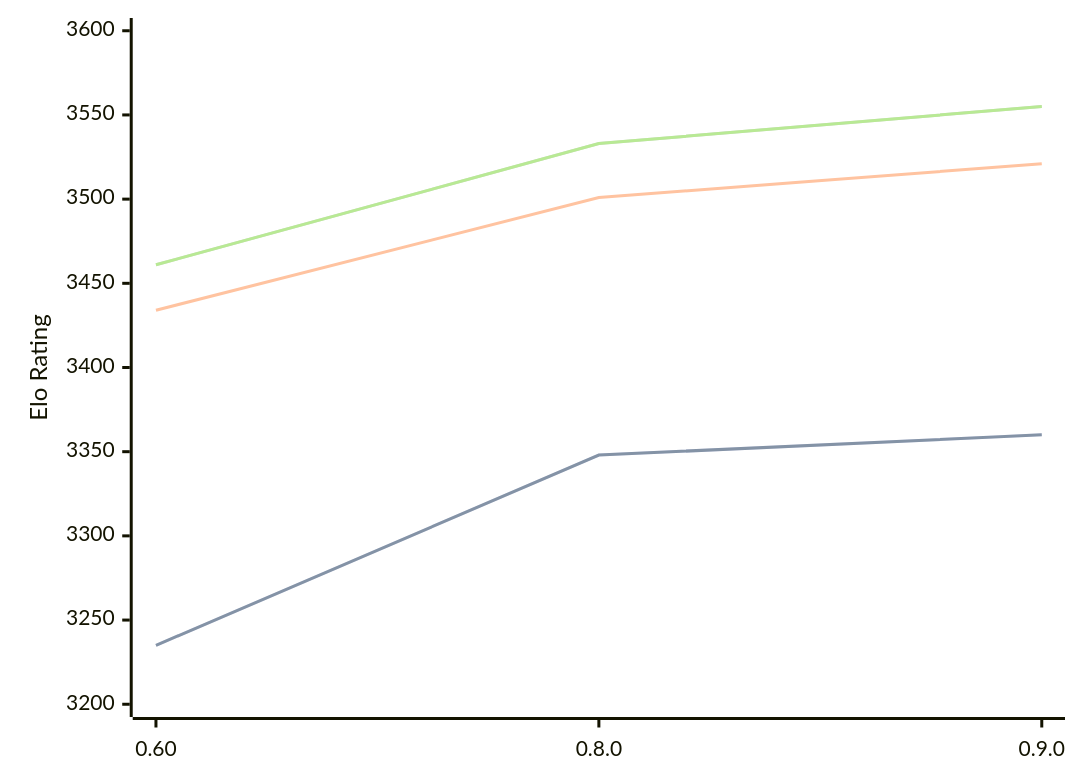
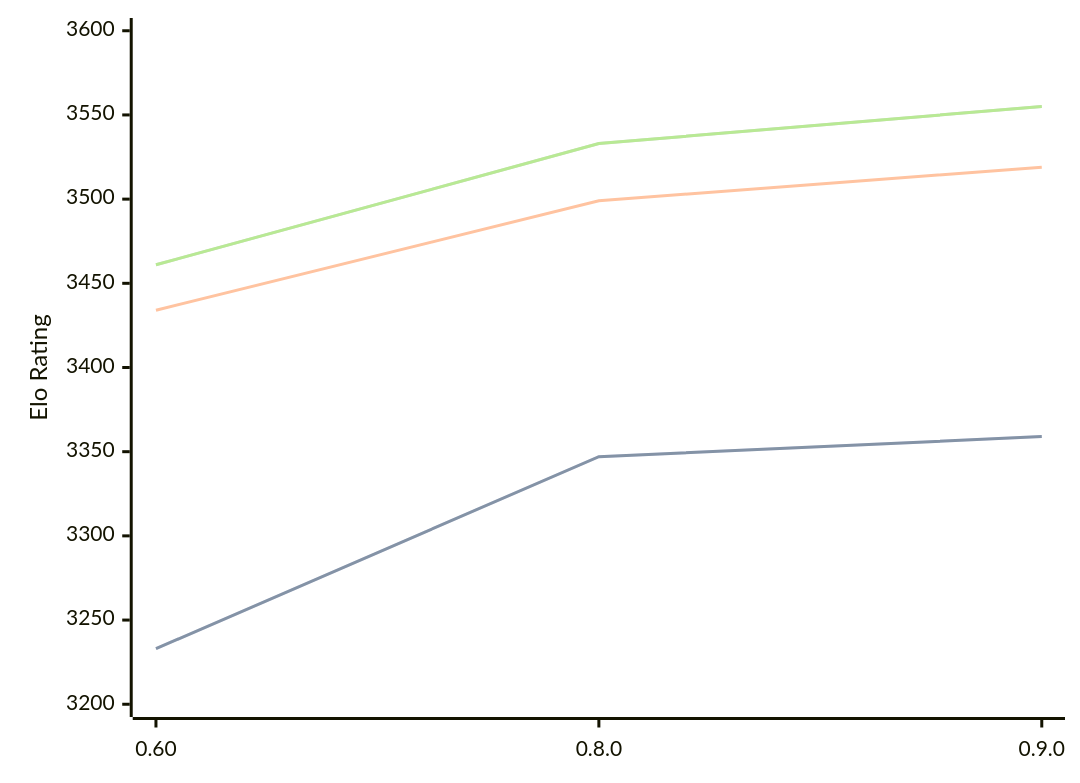
Before and after one commit to computer-chess-index/cci: the diagram in engines/Motor.md, drawn with Mermaid. The commit also changed other lines of this file, not shown here.

````diff
--- a/engines/Motor.md
+++ b/engines/Motor.md
@@ -39,11 +39,11 @@
 ```mermaid
 %%{init: {"theme":"base","themeVariables":{"seriesColors:['#a3a3a3','#222221','#faa371']}}}%%
 xychart-beta
   x-axis ["0.60", "0.8.0", "0.9.0"]
   y-axis "Elo Rating" 3200 --> 3600
-  line "STC (8.0+0.08s)" [3235, 3348, 3360]
-  line "STC (8.0+0.08s)" [3235, 3348, 3360]
-  line "LTC (60.0+0.60s)" [3434, 3501, 3521]
+  line "STC (8.0+0.08s)" [3233, 3347, 3359]
+  line "STC (8.0+0.08s)" [3233, 3347, 3359]
+  line "LTC (60.0+0.60s)" [3434, 3499, 3519]
   line "VLTC (2m24s+1.12s)" [3461, 3533, 3555]
   line "VLTC (2m24s+1.12s)" [3461, 3533, 3555]
 ```
````
